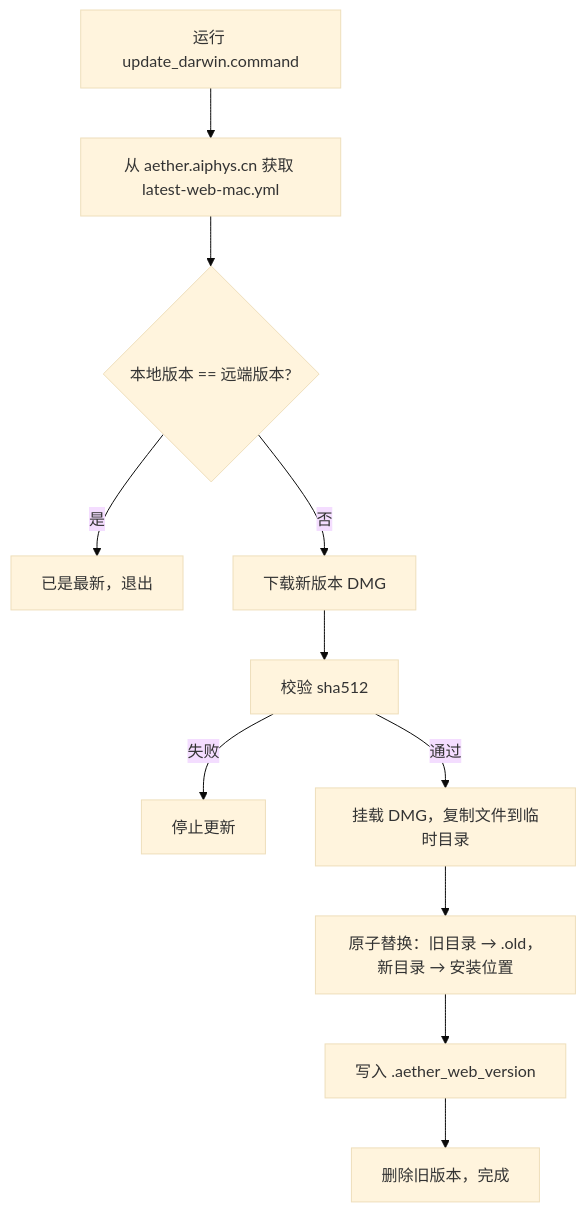
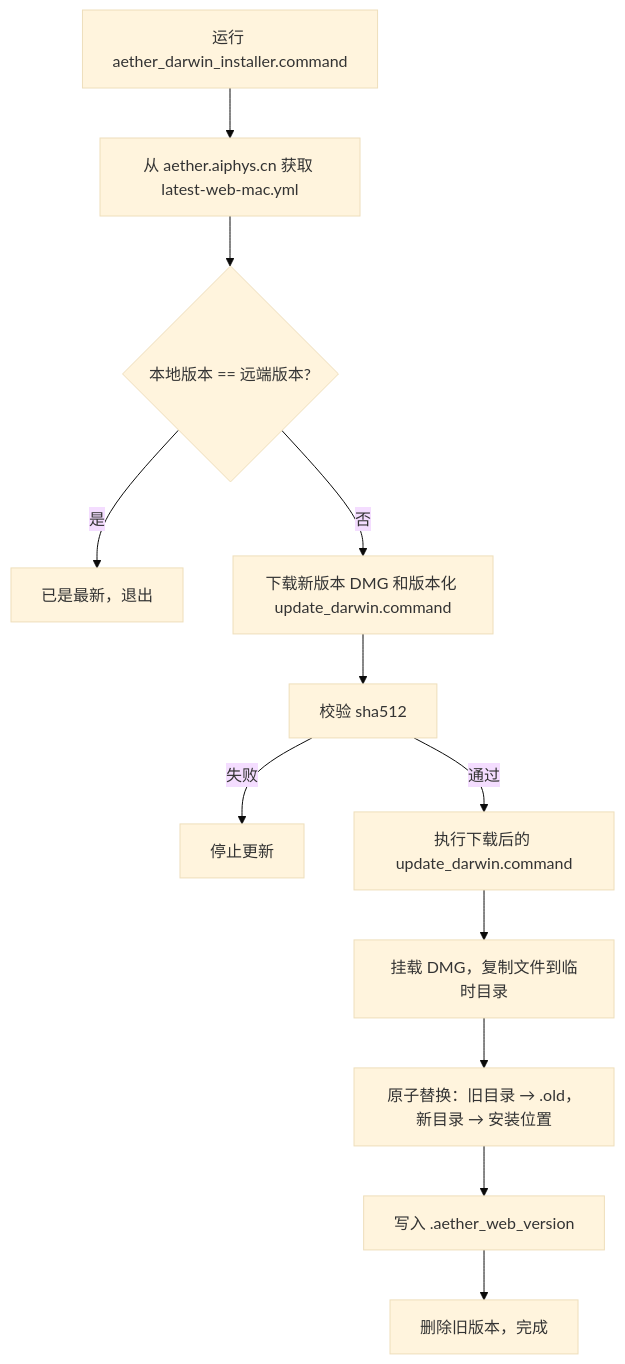
The diagram in docs/versioning.md (Science-Discovery/Aether), drawn with Mermaid (base theme) before and after one commit. The commit also changed other lines of this file and 8 other files, not shown here.

````diff
--- a/docs/versioning.md
+++ b/docs/versioning.md
@@ -159,13 +159,14 @@
 ```mermaid
 flowchart TD
-    A[运行 update_darwin.command] --> B[从 aether.aiphys.cn 获取 latest-web-mac.yml]
+    A[运行 aether_darwin_installer.command] --> B[从 aether.aiphys.cn 获取 latest-web-mac.yml]
     B --> C{本地版本 == 远端版本?}
     C -->|是| D[已是最新，退出]
-    C -->|否| E[下载新版本 DMG]
+    C -->|否| E[下载新版本 DMG 和版本化 update_darwin.command]
     E --> F[校验 sha512]
     F -->|失败| G[停止更新]
-    F -->|通过| H[挂载 DMG，复制文件到临时目录]
-    H --> I[原子替换：旧目录 → .old，新目录 → 安装位置]
-    I --> J[写入 .aether_web_version]
-    J --> K[删除旧版本，完成]
+    F -->|通过| H[执行下载后的 update_darwin.command]
+    H --> I[挂载 DMG，复制文件到临时目录]
+    I --> J[原子替换：旧目录 → .old，新目录 → 安装位置]
+    J --> K[写入 .aether_web_version]
+    K --> L[删除旧版本，完成]
 ```
````
